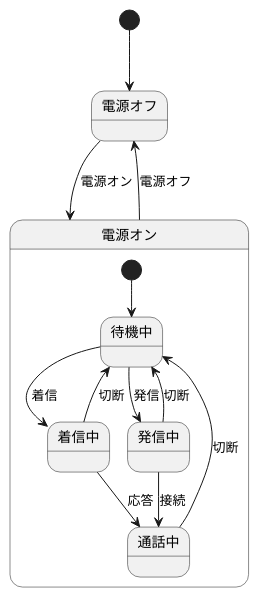
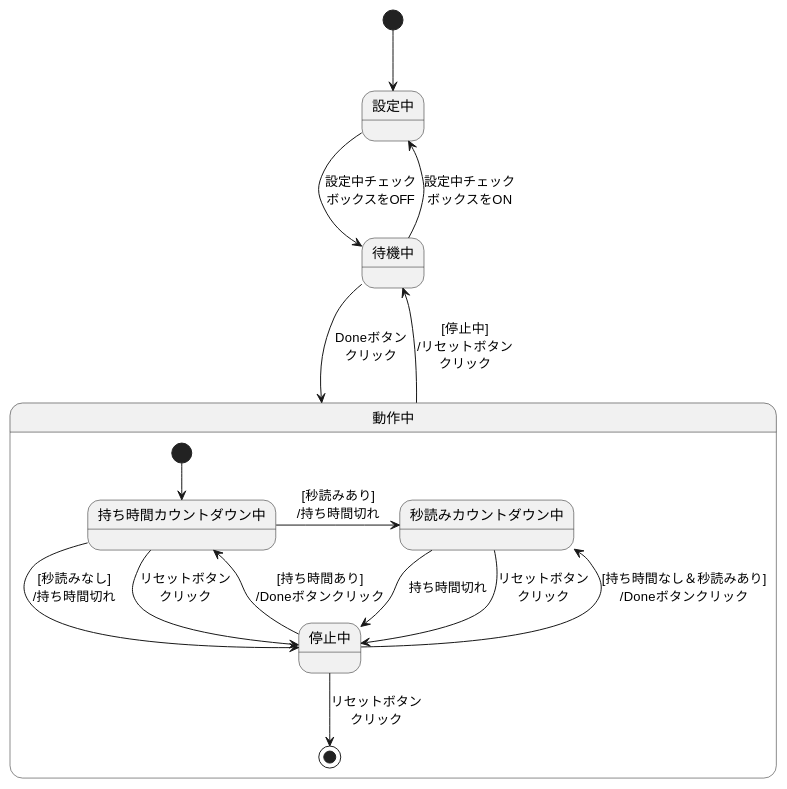
Before and after one commit to hiratashinnya/ChessClock: the diagram in docs/06_State.md, drawn with PlantUML. The commit also changed other lines of this file, not shown here.

Commit message:
状態遷移図の追加

````diff
--- a/docs/06_State.md
+++ b/docs/06_State.md
@@ -12,24 +12,30 @@
 ```plantuml
 @startuml
-state 電源オフ
-state 電源オン {
-  state 待機中
-  state 着信中
-  state 通話中
-  state 発信中
+state "設定中" as set
+state "待機中" as wait
+state "動作中" as CD {
+  state "持ち時間カウントダウン中" as cd1
+  state "秒読みカウントダウン中" as cd2
+  state "停止中" as pause
 
-  [*] --> 待機中
-  待機中 --> 着信中 : 着信
-  着信中 --> 待機中 : 切断
-  着信中 --> 通話中 : 応答
-  待機中 --> 発信中 : 発信
-  発信中 --> 待機中 : 切断
-  発信中 --> 通話中 : 接続
-  通話中 --> 待機中 : 切断
+  [*] --> cd1
+  cd1 -> cd2 : [秒読みあり]\n/持ち時間切れ
+  cd1 --> pause : [秒読みなし]\n/持ち時間切れ
+  cd2 --> pause : 持ち時間切れ
+  
+  cd1 --> pause : リセットボタン\nクリック
+  cd2 --> pause : リセットボタン\nクリック
+
+  pause --> [*] : リセットボタン\nクリック
+
+  pause --> cd1 : [持ち時間あり]\n/Doneボタンクリック
+  pause --> cd2 : [持ち時間なし＆秒読みあり]\n/Doneボタンクリック
 }
 
-[*] --> 電源オフ
-電源オフ --> 電源オン : 電源オン
-電源オン --> 電源オフ : 電源オフ
+[*] --> set
+set --> wait : 設定中チェック\nボックスをOFF
+wait --> set : 設定中チェック\nボックスをON
+wait --> CD : Doneボタン\nクリック
+CD --> wait : [停止中]\n/リセットボタン\nクリック
 @enduml
 ```
````
